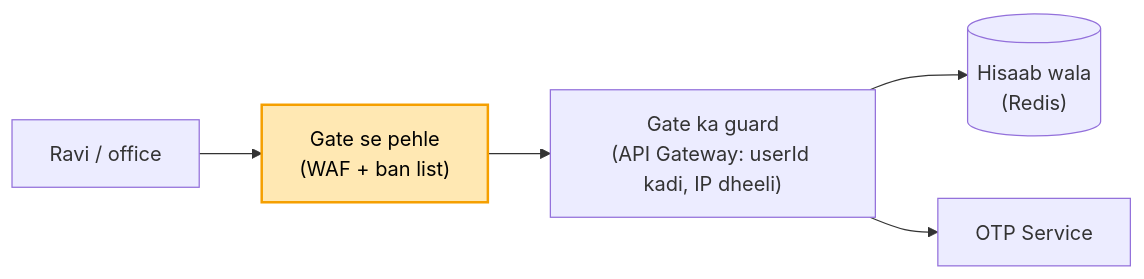
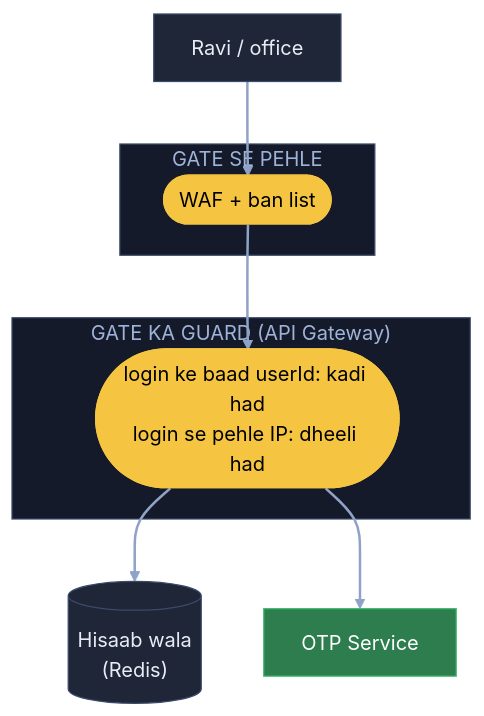
Before and after one commit to ArpanMaheshwari144/Prep: the seventh of 9 diagrams in 04_HLD/SYSTEM_DESIGNS/02_rate_limiter/02_rate_limiter.md, drawn with Mermaid. The commit also changed other lines of this file, not shown here.

Commit message:
Rate limiter: 9 diagram YouTube (reel) wale card andaaz me

````diff
--- a/04_HLD/SYSTEM_DESIGNS/02_rate_limiter/02_rate_limiter.md
+++ b/04_HLD/SYSTEM_DESIGNS/02_rate_limiter/02_rate_limiter.md
@@ -164,8 +238,23 @@
 ```mermaid
-flowchart LR
-    U["Ravi / office"] --> W["Gate se pehle<br/>(WAF + ban list)"]
-    W --> G["Gate ka guard<br/>(API Gateway: userId kadi, IP dheeli)"]
-    G --> R[("Hisaab wala<br/>(Redis)")]
-    G --> O["OTP Service"]
-    style W fill:#ffe8b3,stroke:#f59f00,stroke-width:2px,color:#000
+flowchart TB
+    U["Ravi / office"]:::card
+    subgraph DW["GATE SE PEHLE"]
+        W(["WAF + ban list"]):::pill
+    end
+    subgraph GT["GATE KA GUARD (API Gateway)"]
+        K(["login ke baad userId: kadi had<br/>login se pehle IP: dheeli had"]):::pill
+    end
+    R[("Hisaab wala<br/>(Redis)")]:::card
+    O["OTP Service"]:::good
+    U --> W
+    W --> K
+    K --> R
+    K --> O
+    linkStyle default stroke:#8fa3c7,stroke-width:2px
+    classDef card fill:#1e2638,stroke:#3a4a6b,color:#e8ecf5
+    classDef pill fill:#f5c542,stroke:#f5c542,color:#000
+    classDef good fill:#2e7d4f,stroke:#3fbf6f,color:#fff
+    classDef bad fill:#5c1f24,stroke:#e05561,color:#fff
+    style DW fill:#141a29,stroke:#3a4a6b,color:#9fb3d9
+    style GT fill:#141a29,stroke:#3a4a6b,color:#9fb3d9
 ```
````
